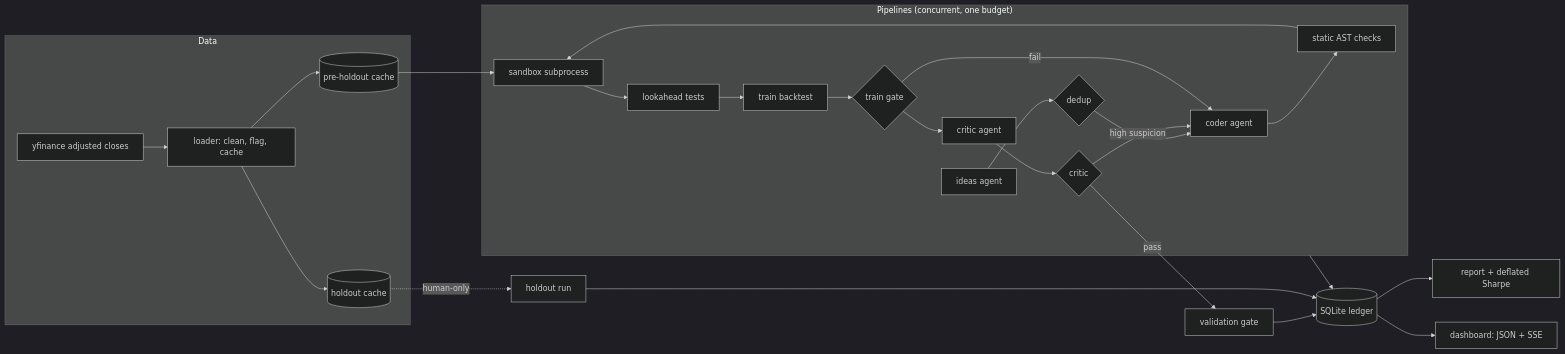
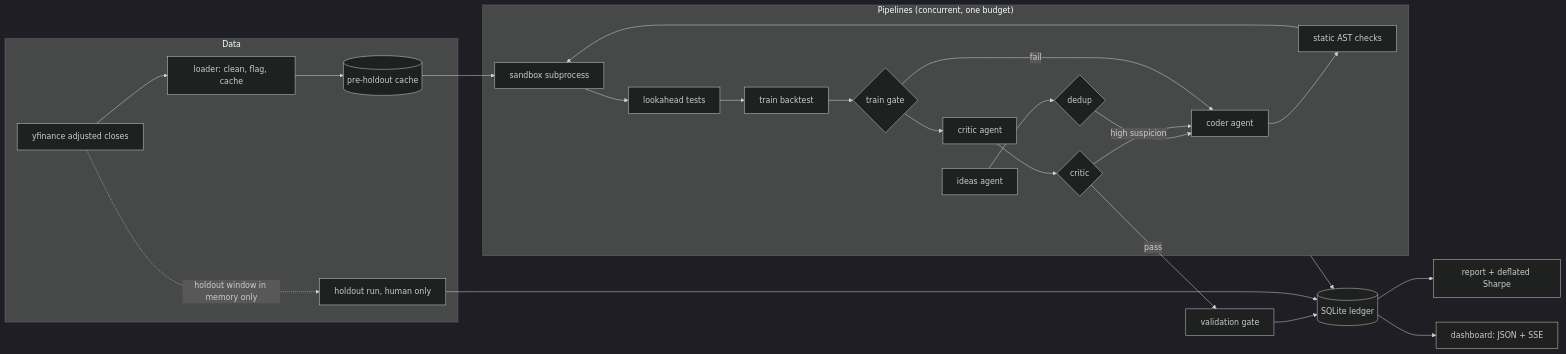
The diagram in README.md (RafaelPF07/alpha-lab), drawn with Mermaid (dark theme) before and after one commit. The commit also changed other lines of this file and 6 other files, not shown here.

````diff
--- a/README.md
+++ b/README.md
@@ -14,25 +15,24 @@
 ```mermaid
 flowchart LR
   subgraph Data
     Y[yfinance adjusted closes] --> L[loader: clean, flag, cache]
     L --> PRE[(pre-holdout cache)]
-    L --> HOLD[(holdout cache)]
+    Y -. holdout window in memory only .-> H
   end
   subgraph Swarm["Pipelines (concurrent, one budget)"]
     I[ideas agent] --> D{dedup}
     D --> C[coder agent]
     C --> S[static AST checks] --> SB[sandbox subprocess]
     SB --> LA[lookahead tests] --> BT[train backtest] --> G1{train gate}
     G1 --> CR[critic agent] --> G2{critic}
     G2 -- high suspicion --> C
     G1 -- fail --> C
   end
   PRE --> SB
   G2 -- pass --> V[validation gate]
   V --> LEDGER[(SQLite ledger)]
-  HOLD -. human-only .-> H[holdout run]
-  H --> LEDGER
+  H[holdout run, human only] --> LEDGER
   Swarm --> LEDGER
   LEDGER --> R[report + deflated Sharpe]
   LEDGER --> DASH[dashboard: JSON + SSE]
 ```
````
